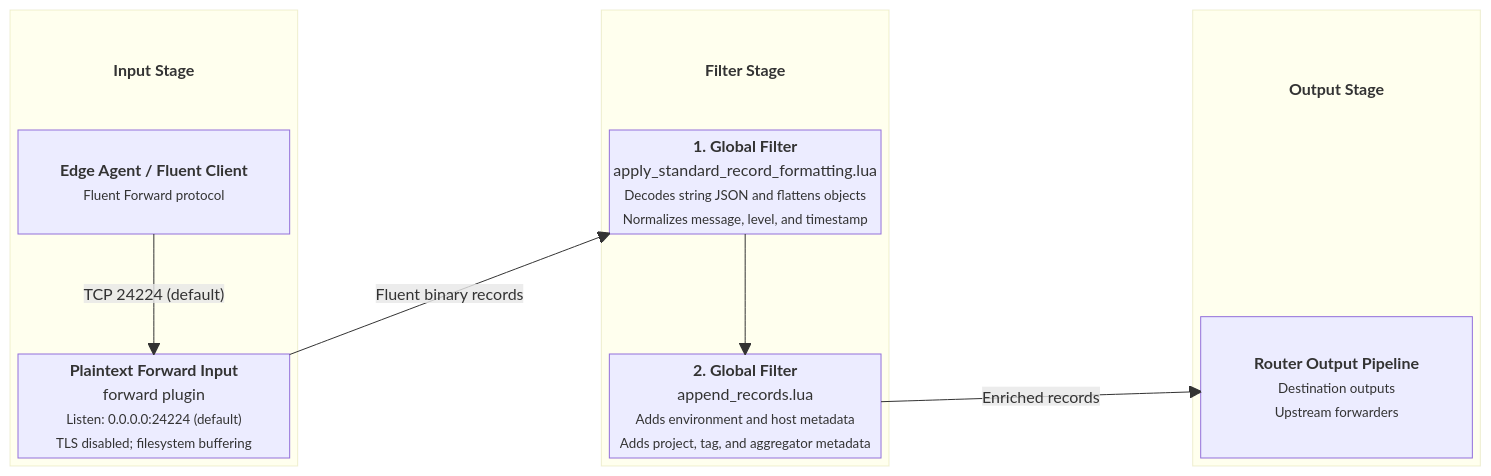
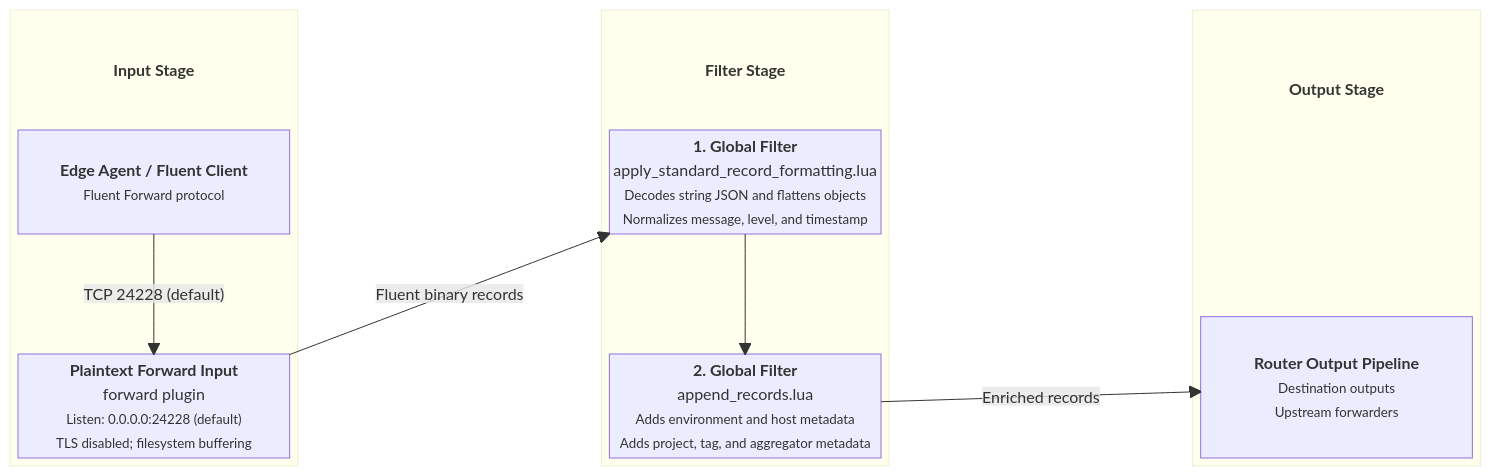
One commit to Josh5/fluent-bit-router changed the diagram in docs/input-pt-forward.md. Above: the diagram before and after it, drawn with Mermaid. The commit also changed other lines of this file and 8 other files, not shown here.

````diff
--- a/docs/input-pt-forward.md
+++ b/docs/input-pt-forward.md
@@ -48,40 +48,40 @@
 ```mermaid
 block-beta
     columns 5
 
     block:InputStage
         columns 1
         InputTitle["<b>Input Stage</b>"]
         A["<b>Edge Agent / Fluent Client</b><br/><small>Fluent Forward protocol</small>"]
         space
-        B["<b>Plaintext Forward Input</b><br/>forward plugin<br/><small>Listen: 0.0.0.0:24224 (default)<br/>TLS disabled; filesystem buffering</small>"]
+        B["<b>Plaintext Forward Input</b><br/>forward plugin<br/><small>Listen: 0.0.0.0:24228 (default)<br/>TLS disabled; filesystem buffering</small>"]
     end
 
     space
 
     block:FilterStage
         columns 1
         FilterTitle["<b>Filter Stage</b>"]
         C["<b>1. Global Filter</b><br/>apply_standard_record_formatting.lua<br/><small>Decodes string JSON and flattens objects<br/>Normalizes message, level, and timestamp</small>"]
         space
         D["<b>2. Global Filter</b><br/>append_records.lua<br/><small>Adds environment and host metadata<br/>Adds project, tag, and aggregator metadata</small>"]
     end
 
     space
 
     block:OutputStage
         columns 1
         OutputTitle["<b>Output Stage</b>"]
         space
         E["<b>Router Output Pipeline</b><br/><small>Destination outputs<br/>Upstream forwarders</small>"]
     end
 
-    A -- "TCP 24224 (default)" --> B
+    A -- "TCP 24228 (default)" --> B
     B -- "Fluent binary records" --> C
     C --> D
     D -- "Enriched records" --> E
 
     style InputTitle fill:none,stroke:none
     style FilterTitle fill:none,stroke:none
     style OutputTitle fill:none,stroke:none
 ```
````
